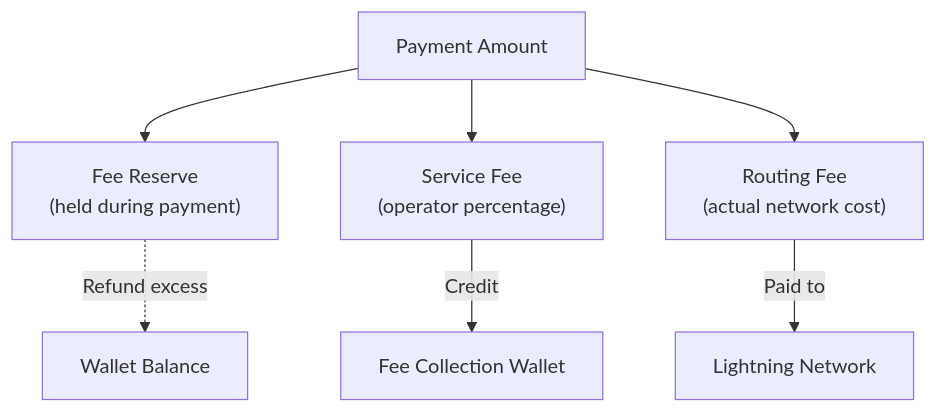
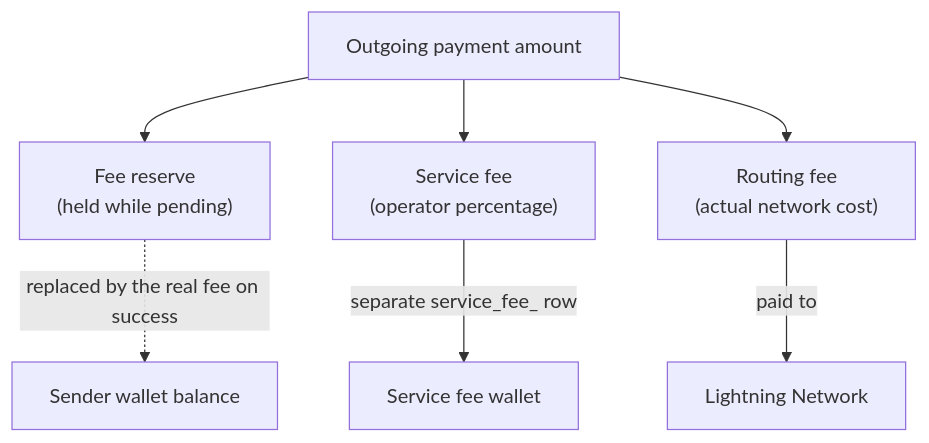
Before and after one commit to lndocs/lndocs.github.io: the third of 5 diagrams in docs/architecture/ledger.md, drawn with Mermaid. The commit also changed other lines of this file and 22 other files, not shown here.

First line of the commit message:
Rewrite architecture, guides, development, FAQ and resources for v1.6.2 (#5)

````diff
--- a/docs/architecture/ledger.md
+++ b/docs/architecture/ledger.md
@@ -132,12 +164,12 @@
 ```mermaid
 flowchart TB
-    Payment["Payment Amount"]
+    Payment["Outgoing payment amount"]
 
-    Payment --> Reserve["Fee Reserve<br/>(held during payment)"]
-    Payment --> Service["Service Fee<br/>(operator percentage)"]
-    Payment --> Routing["Routing Fee<br/>(actual network cost)"]
+    Payment --> Reserve["Fee reserve<br/>(held while pending)"]
+    Payment --> Service["Service fee<br/>(operator percentage)"]
+    Payment --> Routing["Routing fee<br/>(actual network cost)"]
 
-    Reserve -.->|"Refund excess"| Wallet["Wallet Balance"]
-    Service -->|"Credit"| FeeWallet["Fee Collection Wallet"]
-    Routing -->|"Paid to"| Network["Lightning Network"]
+    Reserve -.->|"replaced by the real fee on success"| Wallet["Sender wallet balance"]
+    Service -->|"separate service_fee_ row"| FeeWallet["Service fee wallet"]
+    Routing -->|"paid to"| Network["Lightning Network"]
 ```
````
